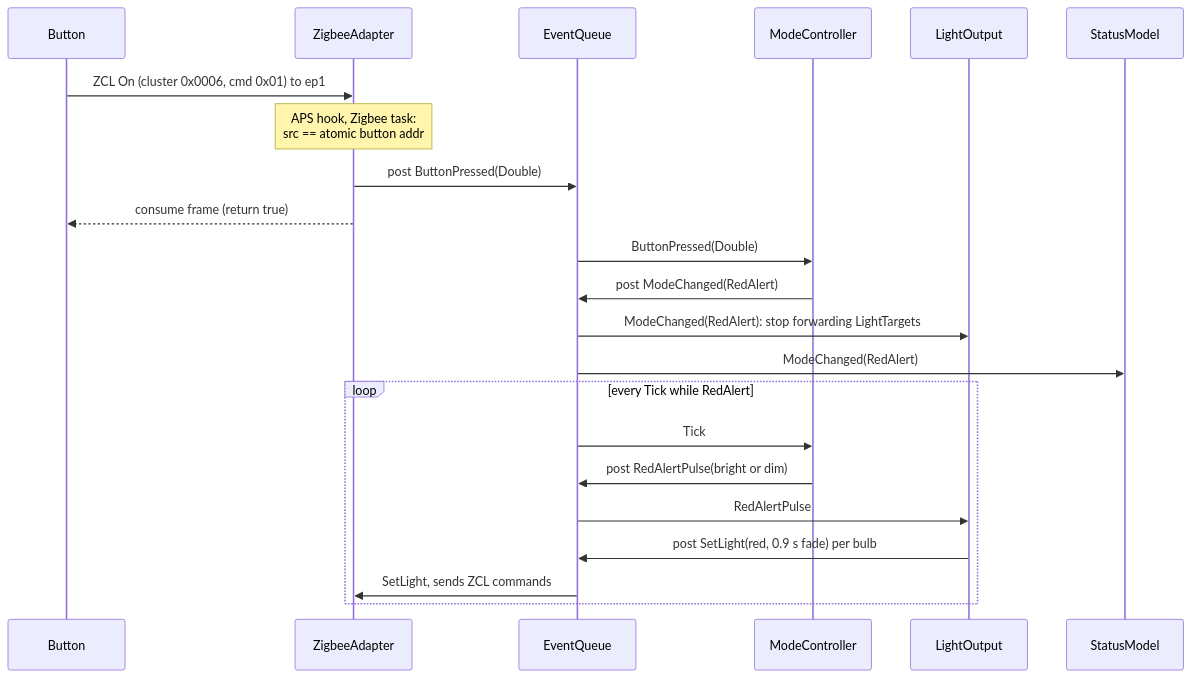
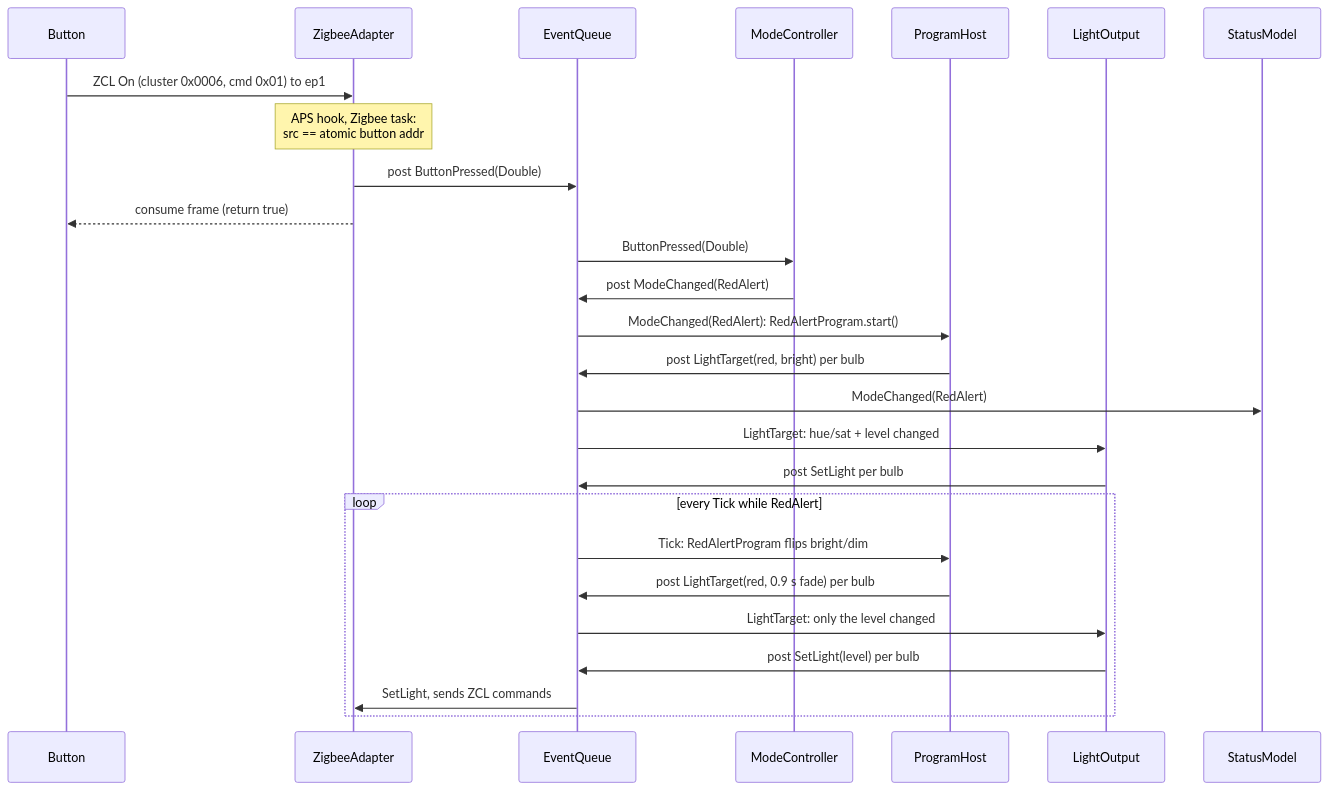
The fourth of 5 diagrams in EVENT_DESIGN.md (bjerre/sunsim), drawn with Mermaid before and after one commit. The commit also changed other lines of this file and 26 other files, not shown here.

First line of the commit message:
Every mode is a Program; LightOutput no longer knows modes

````diff
--- a/EVENT_DESIGN.md
+++ b/EVENT_DESIGN.md
@@ -199,25 +221,29 @@
 ```mermaid
 sequenceDiagram
     participant B as Button
     participant ZA as ZigbeeAdapter
     participant Q as EventQueue
     participant MC as ModeController
+    participant PH as ProgramHost
     participant LO as LightOutput
     participant SM as StatusModel
 
     B->>ZA: ZCL On (cluster 0x0006, cmd 0x01) to ep1
     Note over ZA: APS hook, Zigbee task:<br/>src == atomic button addr
     ZA->>Q: post ButtonPressed(Double)
     ZA-->>B: consume frame (return true)
     Q->>MC: ButtonPressed(Double)
     MC->>Q: post ModeChanged(RedAlert)
-    Q->>LO: ModeChanged(RedAlert): stop forwarding LightTargets
+    Q->>PH: ModeChanged(RedAlert): RedAlertProgram.start()
+    PH->>Q: post LightTarget(red, bright) per bulb
     Q->>SM: ModeChanged(RedAlert)
+    Q->>LO: LightTarget: hue/sat + level changed
+    LO->>Q: post SetLight per bulb
     loop every Tick while RedAlert
-        Q->>MC: Tick
-        MC->>Q: post RedAlertPulse(bright or dim)
-        Q->>LO: RedAlertPulse
-        LO->>Q: post SetLight(red, 0.9 s fade) per bulb
+        Q->>PH: Tick: RedAlertProgram flips bright/dim
+        PH->>Q: post LightTarget(red, 0.9 s fade) per bulb
+        Q->>LO: LightTarget: only the level changed
+        LO->>Q: post SetLight(level) per bulb
         Q->>ZA: SetLight, sends ZCL commands
     end
 ```
````
